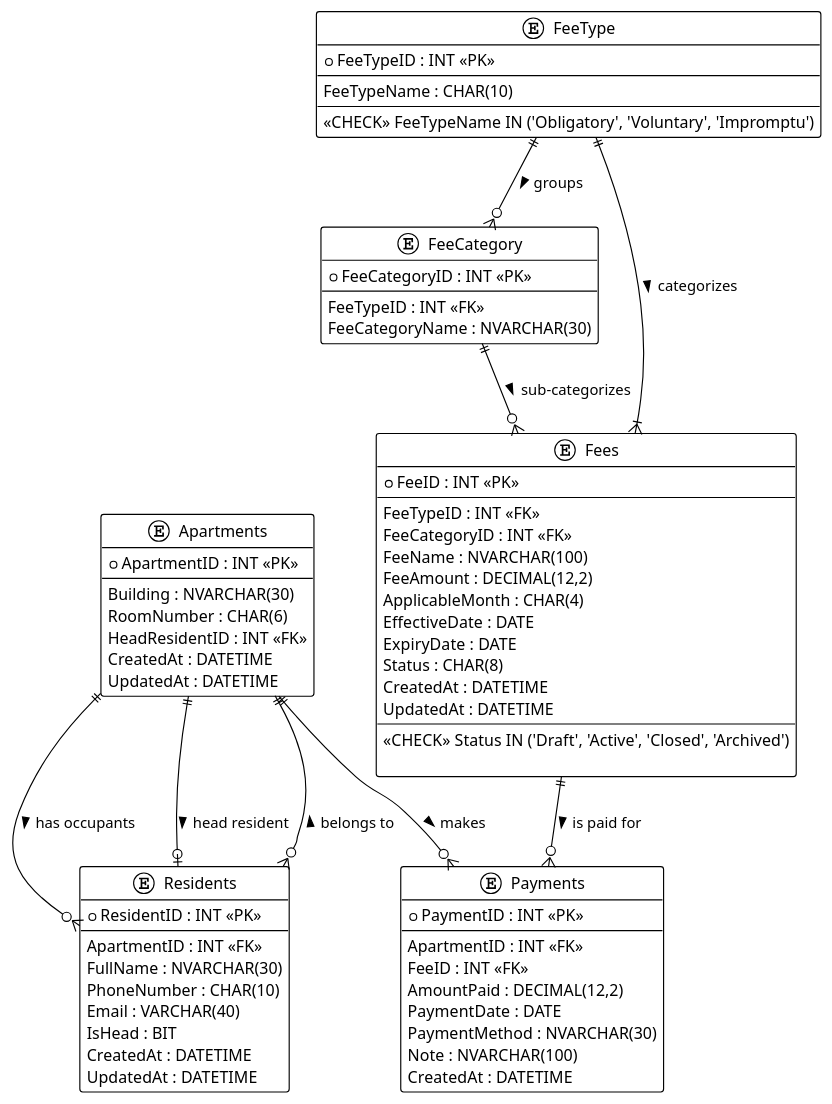
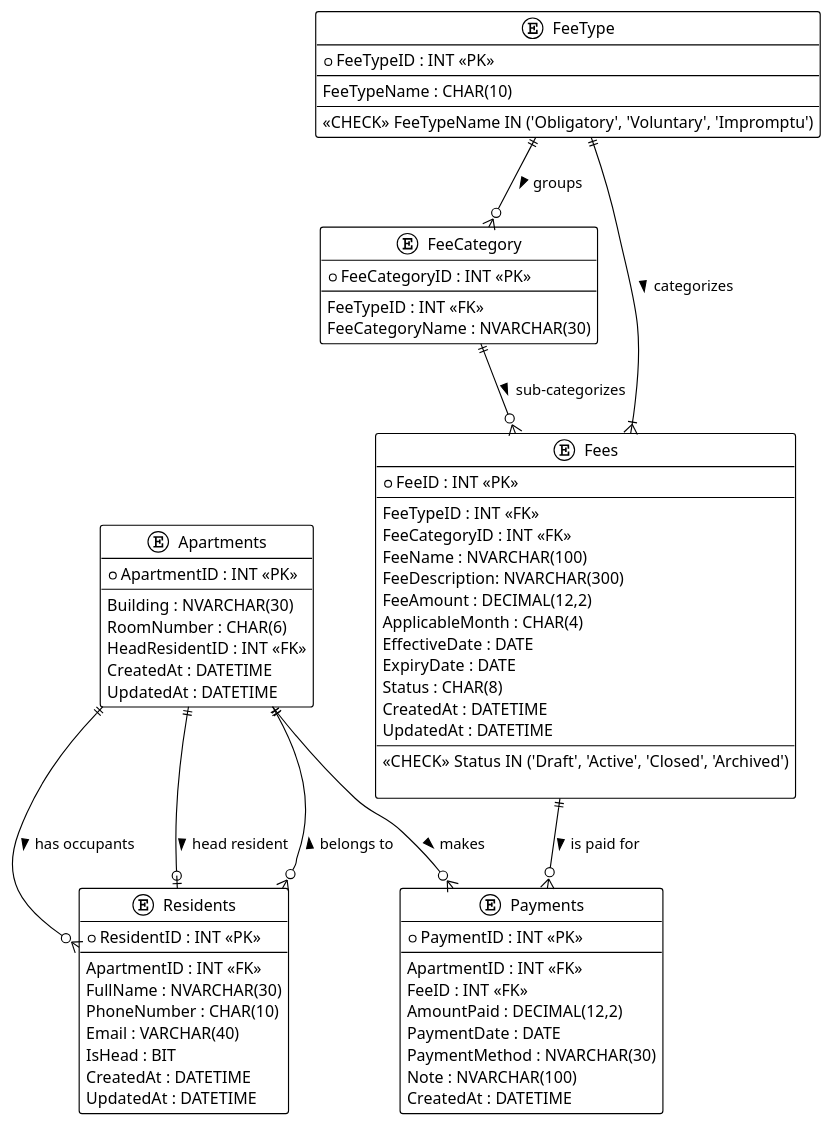
The diagram in docs/sprint1/er_diagram.puml (khoatran18/BluemoonManagement), drawn with PlantUML before and after one commit.

Commit message:
docs: added FeeDescription attr to Fees table

```diff
--- a/docs/sprint1/er_diagram.puml
+++ b/docs/sprint1/er_diagram.puml
@@ -1,83 +1,84 @@
 @startuml name "db"
 !theme plain
 
 entity "Apartments" as Apartments {
   + ApartmentID : INT <<PK>>
   --
   Building : NVARCHAR(30)
   RoomNumber : CHAR(6)
   HeadResidentID : INT <<FK>>
   CreatedAt : DATETIME
   UpdatedAt : DATETIME
 }
 
 entity "Residents" as Residents {
   + ResidentID : INT <<PK>>
   --
   ApartmentID : INT <<FK>>
   FullName : NVARCHAR(30)
   PhoneNumber : CHAR(10)
   Email : VARCHAR(40)
   IsHead : BIT
   CreatedAt : DATETIME
   UpdatedAt : DATETIME
 }
 
 entity "FeeType" as FeeType {
   + FeeTypeID : INT <<PK>>
   --
   FeeTypeName : CHAR(10)
   --
   <<CHECK>> FeeTypeName IN ('Obligatory', 'Voluntary', 'Impromptu')
 }
 
 entity "FeeCategory" as FeeCategory {
   + FeeCategoryID : INT <<PK>>
   --
   FeeTypeID : INT <<FK>>
   FeeCategoryName : NVARCHAR(30)
 }
 
 entity "Fees" as Fees {
   + FeeID : INT <<PK>>
   --
   FeeTypeID : INT <<FK>>
   FeeCategoryID : INT <<FK>>
   FeeName : NVARCHAR(100)
+  FeeDescription: NVARCHAR(300)
   FeeAmount : DECIMAL(12,2)
   ApplicableMonth : CHAR(4)
   EffectiveDate : DATE
   ExpiryDate : DATE
   Status : CHAR(8)
   CreatedAt : DATETIME
   UpdatedAt : DATETIME
   --
    <<CHECK>> Status IN ('Draft', 'Active', 'Closed', 'Archived')
 
 }
 
 entity "Payments" as Payments {
   + PaymentID : INT <<PK>>
   --
   ApartmentID : INT <<FK>>
   FeeID : INT <<FK>>
   AmountPaid : DECIMAL(12,2)
   PaymentDate : DATE
   PaymentMethod : NVARCHAR(30)
   Note : NVARCHAR(100)
   CreatedAt : DATETIME
 }
 
 '--------------------------
 ' Relationships
 '--------------------------
 
 Apartments ||--o{ Residents : "has occupants >"
 Residents }o--|| Apartments : "belongs to >"
 Apartments ||--o{ Payments : "makes >"
 Fees ||--o{ Payments : "is paid for >"
 FeeType ||--|{ Fees : "categorizes >"
 FeeType ||--o{ FeeCategory : "groups >"
 FeeCategory ||--o{ Fees : "sub-categorizes >"
 Apartments ||--o| Residents : "head resident >"
 @enduml
```
